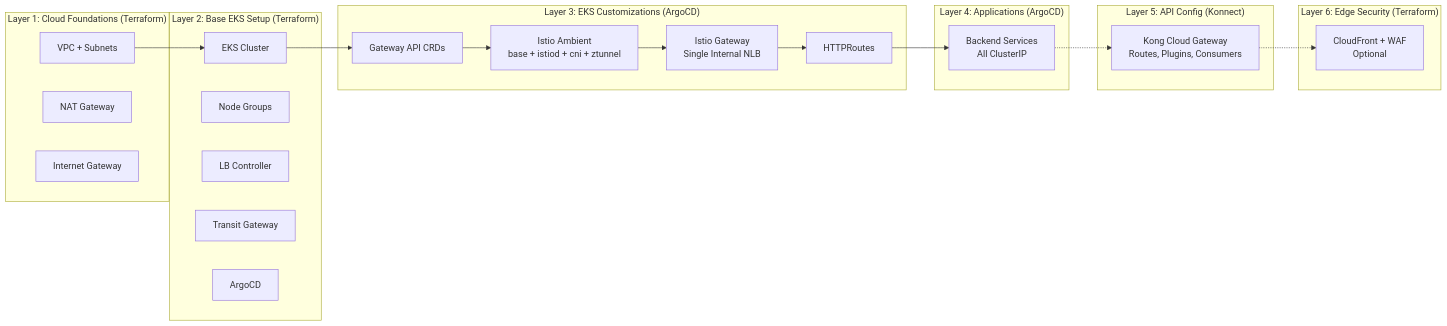
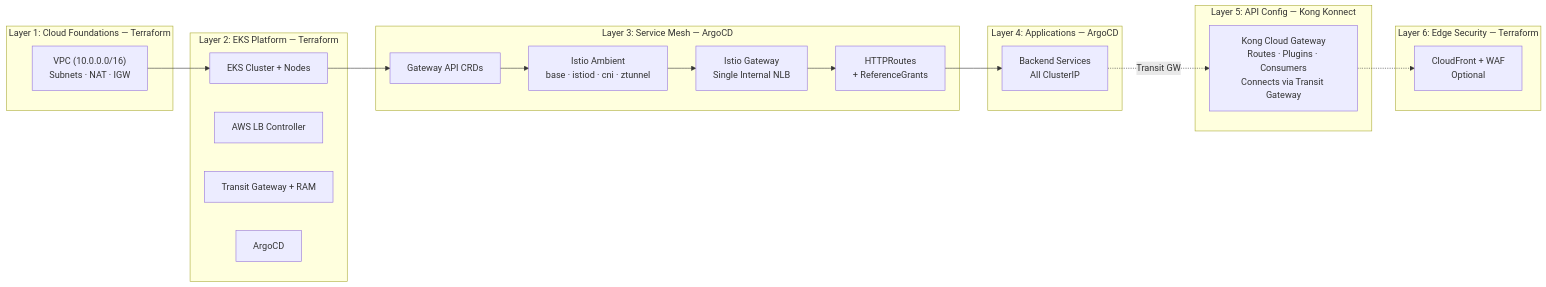
One commit to shanaka-versent/Kong-Konnect-Cloud-Gateway-on-EKS changed the fourth of 4 diagrams in README.md. Above: the diagram before and after it, drawn with Mermaid. The commit also changed other lines of this file and 1 other file, not shown here.

First line of the commit message:
Update mermaid diagrams for two-account architecture and improve destroy script

````diff
--- a/README.md
+++ b/README.md
@@ -88,44 +184,41 @@
 ```mermaid
 graph LR
-    subgraph "Layer 1: Cloud Foundations (Terraform)"
-        VPC[VPC + Subnets]
-        NAT[NAT Gateway]
-        IGW2[Internet Gateway]
+    subgraph "Layer 1: Cloud Foundations — Terraform"
+        VPC["VPC (10.0.0.0/16)<br/>Subnets · NAT · IGW"]
     end
 
-    subgraph "Layer 2: Base EKS Setup (Terraform)"
-        EKS[EKS Cluster]
-        Nodes[Node Groups]
-        LBC[LB Controller]
-        TGW2[Transit Gateway]
+    subgraph "Layer 2: EKS Platform — Terraform"
+        EKS[EKS Cluster + Nodes]
+        LBC[AWS LB Controller]
+        TGW2[Transit Gateway + RAM]
         ArgoCD2[ArgoCD]
     end
 
-    subgraph "Layer 3: EKS Customizations (ArgoCD)"
+    subgraph "Layer 3: Service Mesh — ArgoCD"
         CRDs[Gateway API CRDs]
-        Istio[Istio Ambient<br/>base + istiod + cni + ztunnel]
+        Istio[Istio Ambient<br/>base · istiod · cni · ztunnel]
         GW[Istio Gateway<br/>Single Internal NLB]
-        Routes[HTTPRoutes]
+        Routes[HTTPRoutes<br/>+ ReferenceGrants]
     end
 
-    subgraph "Layer 4: Applications (ArgoCD)"
+    subgraph "Layer 4: Applications — ArgoCD"
         Apps[Backend Services<br/>All ClusterIP]
     end
 
-    subgraph "Layer 5: API Config (Konnect)"
-        KongGW[Kong Cloud Gateway<br/>Routes, Plugins, Consumers]
+    subgraph "Layer 5: API Config — Kong Konnect"
+        KongGW[Kong Cloud Gateway<br/>Routes · Plugins · Consumers<br/>Connects via Transit Gateway]
     end
 
-    subgraph "Layer 6: Edge Security (Terraform)"
+    subgraph "Layer 6: Edge Security — Terraform"
         CFront[CloudFront + WAF<br/>Optional]
     end
 
     VPC --> EKS
     EKS --> CRDs
     CRDs --> Istio
     Istio --> GW
     GW --> Routes
     Routes --> Apps
-    Apps -.-> KongGW
+    Apps -.->|Transit GW| KongGW
     KongGW -.-> CFront
 ```
````
